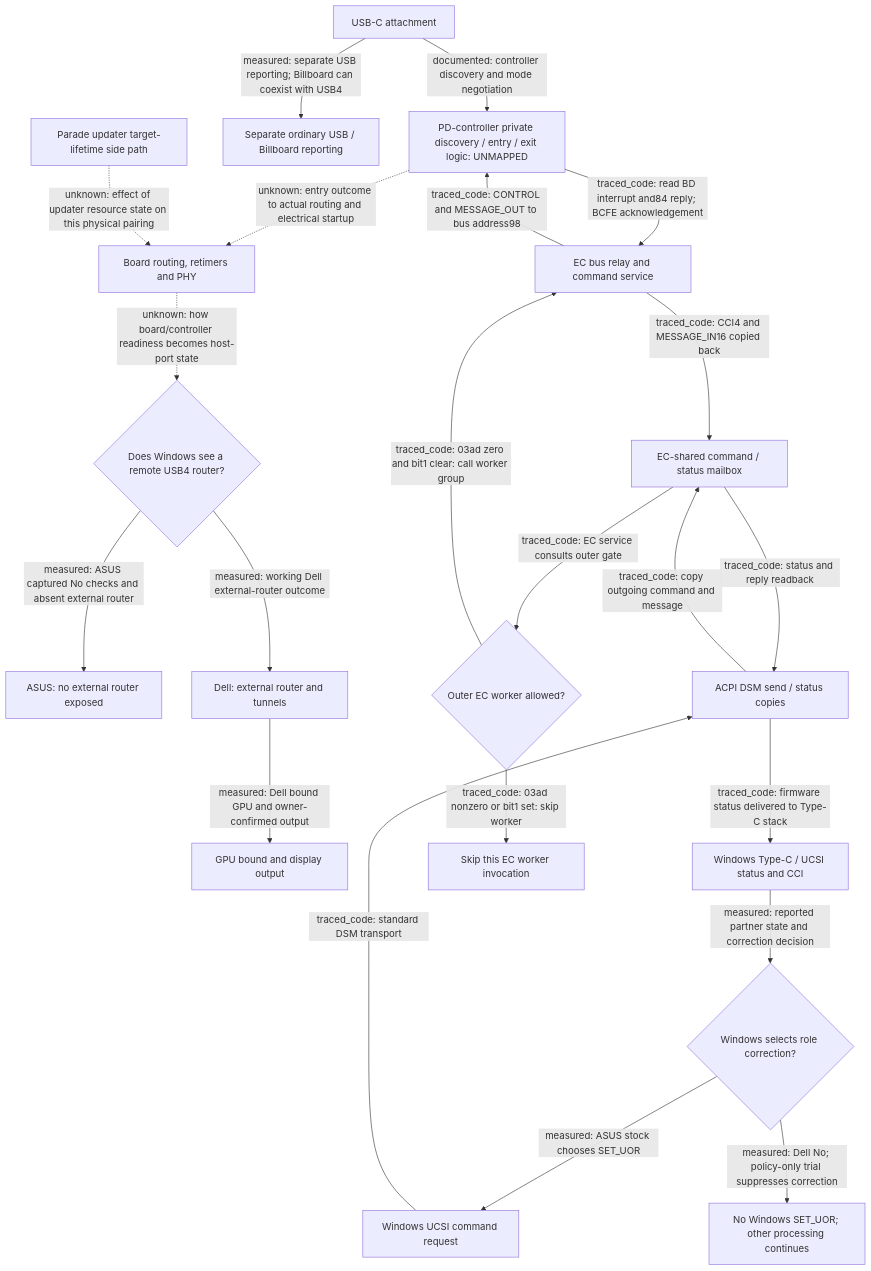
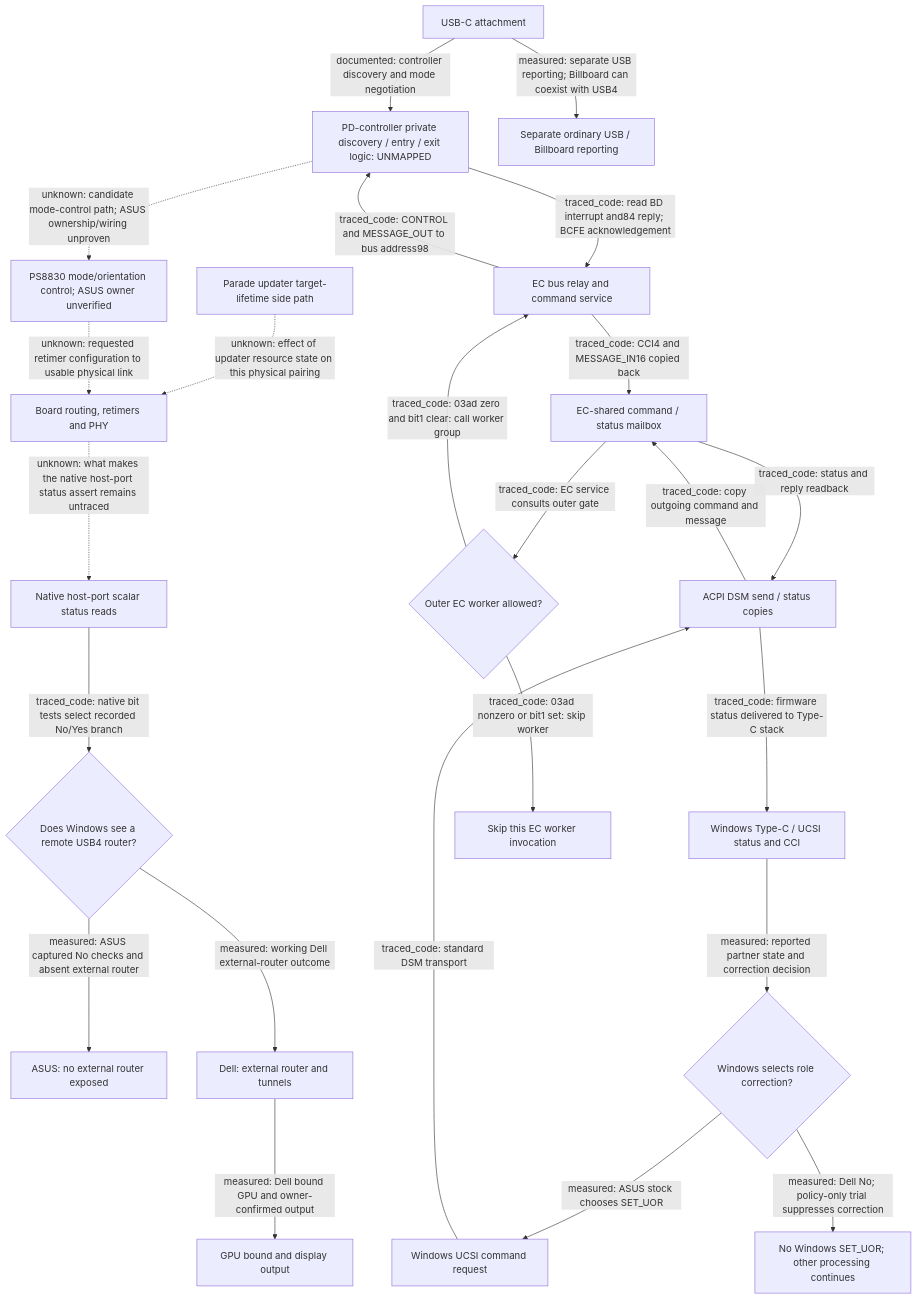
The diagram in docs/investigation-map.md (49Ssr/asus-fa507xi-deg2-usb4), drawn with Mermaid before and after one commit. The commit also changed other lines of this file and 19 other files, not shown here.

````diff
--- a/docs/investigation-map.md
+++ b/docs/investigation-map.md
@@ -19,42 +19,46 @@
 ```mermaid
 flowchart TD
     ATTACH["USB-C attachment"]
     PD["PD-controller private discovery / entry / exit logic: UNMAPPED"]
     LINK["Board routing, retimers and PHY"]
     PORT{"Does Windows see a remote USB4 router?"}
     ABSENT["ASUS: no external router exposed"]
     ROUTER["Dell: external router and tunnels"]
     GPU["GPU bound and display output"]
     USB["Separate ordinary USB / Billboard reporting"]
     STATUS["Windows Type-C / UCSI status and CCI"]
     ROLE{"Windows selects role correction?"}
     UCSI["Windows UCSI command request"]
     AML["ACPI DSM send / status copies"]
     MAILBOX["EC-shared command / status mailbox"]
     GATE{"Outer EC worker allowed?"}
     RELAY["EC bus relay and command service"]
     CFU["Parade updater target-lifetime side path"]
     NO_ROLE_CMD["No Windows SET_UOR; other processing continues"]
     EC_SKIPPED["Skip this EC worker invocation"]
+    RET_CFG["PS8830 mode/orientation control; ASUS owner unverified"]
+    PORT_REGS["Native host-port scalar status reads"]
     ATTACH -->|"documented: controller discovery and mode negotiation"| PD
-    PD -.->|"unknown: entry outcome to actual routing and electrical startup"| LINK
-    LINK -.->|"unknown: how board/controller readiness becomes host-port state"| PORT
+    PD -.->|"unknown: candidate mode-control path; ASUS ownership/wiring unproven"| RET_CFG
+    LINK -.->|"unknown: what makes the native host-port status assert remains untraced"| PORT_REGS
     PORT -->|"measured: ASUS captured No checks and absent external router"| ABSENT
     PORT -->|"measured: working Dell external-router outcome"| ROUTER
     ROUTER -->|"measured: Dell bound GPU and owner-confirmed output"| GPU
     ATTACH -->|"measured: separate USB reporting; Billboard can coexist with USB4"| USB
     STATUS -->|"measured: reported partner state and correction decision"| ROLE
     ROLE -->|"measured: ASUS stock chooses SET_UOR"| UCSI
     ROLE -->|"measured: Dell No; policy-only trial suppresses correction"| NO_ROLE_CMD
     UCSI -->|"traced_code: standard DSM transport"| AML
     AML -->|"traced_code: copy outgoing command and message"| MAILBOX
     MAILBOX -->|"traced_code: EC service consults outer gate"| GATE
     GATE -->|"traced_code: 03ad zero and bit1 clear: call worker group"| RELAY
     GATE -->|"traced_code: 03ad nonzero or bit1 set: skip worker"| EC_SKIPPED
     RELAY -->|"traced_code: CONTROL and MESSAGE_OUT to bus address98"| PD
     PD -->|"traced_code: read BD interrupt and84 reply; BCFE acknowledgement"| RELAY
     RELAY -->|"traced_code: CCI4 and MESSAGE_IN16 copied back"| MAILBOX
     MAILBOX -->|"traced_code: status and reply readback"| AML
     AML -->|"traced_code: firmware status delivered to Type-C stack"| STATUS
     CFU -.->|"unknown: effect of updater resource state on this physical pairing"| LINK
+    RET_CFG -.->|"unknown: requested retimer configuration to usable physical link"| LINK
+    PORT_REGS -->|"traced_code: native bit tests select recorded No/Yes branch"| PORT
 ```
````
